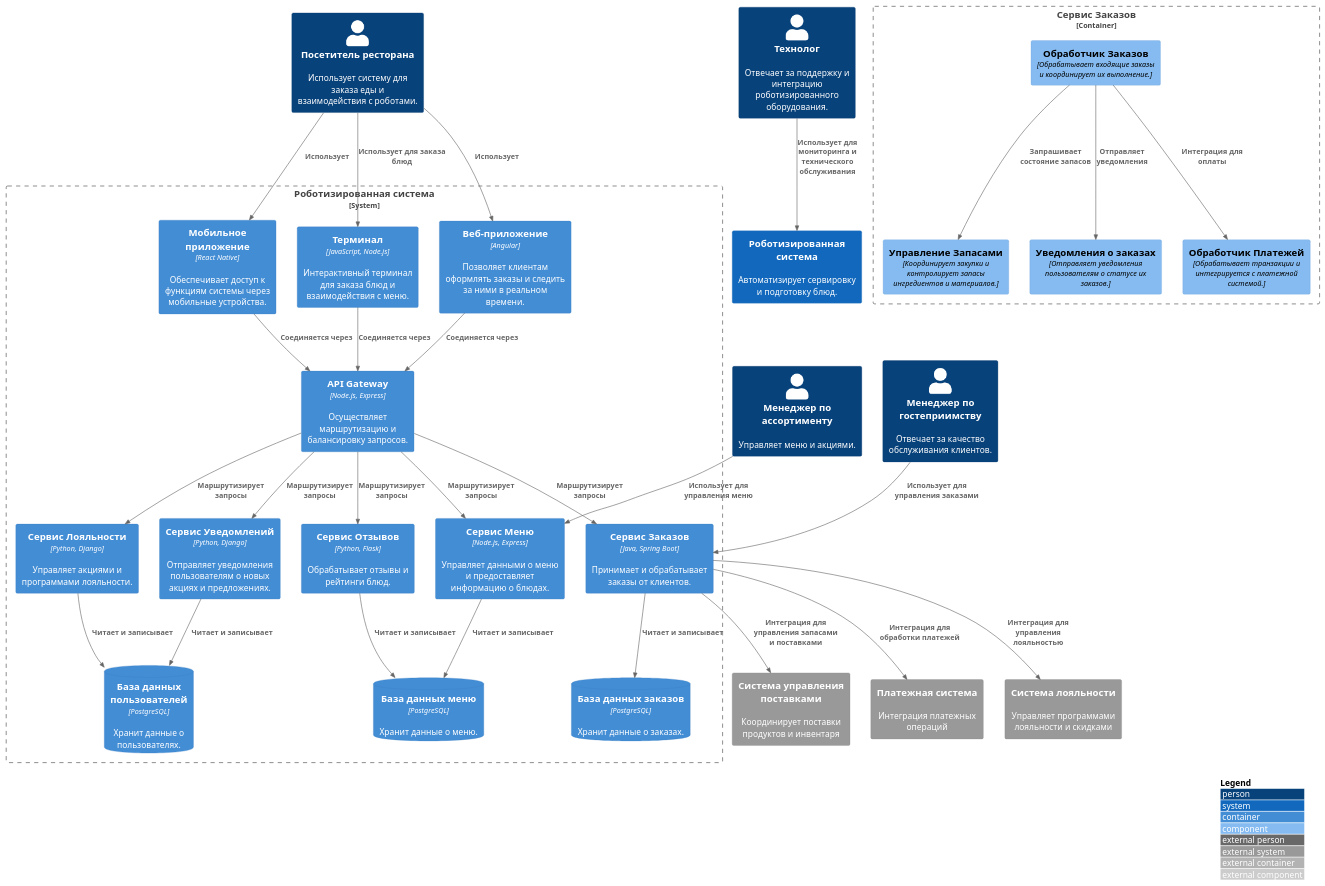
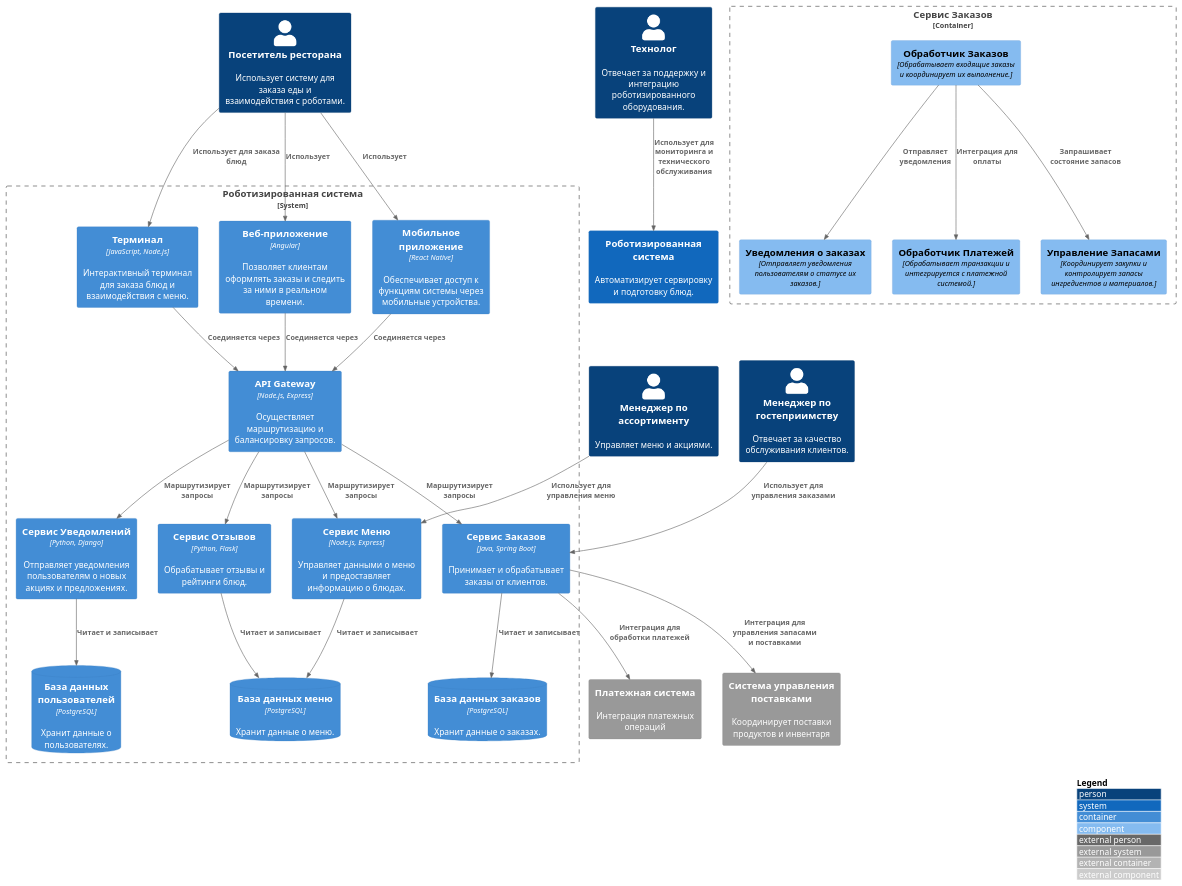
The diagram in docs/diagrams/src/c4.puml (mariashapoval/Otus), drawn with PlantUML before and after one commit. The commit also changed other lines of this file, not shown here.

```diff
--- a/docs/diagrams/src/c4.puml
+++ b/docs/diagrams/src/c4.puml
@@ -2,75 +1,70 @@
 @startuml Detailed_C4_Model
 
 !include <C4/C4_Context.puml>
 !include <C4/C4_Container.puml>
 !include <C4/C4_Component.puml>
 
 ' Контекстная диаграмма
 LAYOUT_WITH_LEGEND()
 
 Person(visitor, "Посетитель ресторана", "Использует систему для заказа еды и взаимодействия с роботами.")
 Person(hospManager, "Менеджер по гостеприимству", "Отвечает за качество обслуживания клиентов.")
 Person(assortmentManager, "Менеджер по ассортименту", "Управляет меню и акциями.")
 Person(technologist, "Технолог", "Отвечает за поддержку и интеграцию роботизированного оборудования.")
 
 System(robotics, "Роботизированная система", "Автоматизирует сервировку и подготовку блюд.")
 System_Ext(paymentGateway, "Платежная система", "Интеграция платежных операций")
-System_Ext(loyaltySystem, "Система лояльности", "Управляет программами лояльности и скидками")
 System_Ext(supplyChainSystem, "Система управления поставками", "Координирует поставки продуктов и инвентаря")
 
 ' Контейнерная диаграмма
 System_Boundary(c2, "Роботизированная система") {
     Container(webApp, "Веб-приложение", "Angular", "Позволяет клиентам оформлять заказы и следить за ними в реальном времени.")
     Container(mobileApp, "Мобильное приложение", "React Native", "Обеспечивает доступ к функциям системы через мобильные устройства.")
     Container(apiGateway, "API Gateway", "Node.js, Express", "Осуществляет маршрутизацию и балансировку запросов.")
     Container(orderService, "Сервис Заказов", "Java, Spring Boot", "Принимает и обрабатывает заказы от клиентов.")
-    Container(loyaltyService, "Сервис Лояльности", "Python, Django", "Управляет акциями и программами лояльности.")
     Container(reviewService, "Сервис Отзывов", "Python, Flask", "Обрабатывает отзывы и рейтинги блюд.")
     ContainerDb(dbOrder, "База данных заказов", "PostgreSQL", "Хранит данные о заказах.")
     ContainerDb(dbUser, "База данных пользователей", "PostgreSQL", "Хранит данные о пользователях.")
     ContainerDb(dbMenu, "База данных меню", "PostgreSQL", "Хранит данные о меню.")
     Container(terminal, "Терминал", "JavaScript, Node.js", "Интерактивный терминал для заказа блюд и взаимодействия с меню.")
     Container(menuService, "Сервис Меню", "Node.js, Express", "Управляет данными о меню и предоставляет информацию о блюдах.")
     Container(notificationService, "Сервис Уведомлений", "Python, Django", "Отправляет уведомления пользователям о новых акциях и предложениях.")
 
     Rel(visitor, webApp, "Использует")
     Rel(visitor, mobileApp, "Использует")
     Rel(visitor, terminal, "Использует для заказа блюд")
     Rel(webApp, apiGateway, "Соединяется через")
     Rel(mobileApp, apiGateway, "Соединяется через")
     Rel(terminal, apiGateway, "Соединяется через")
     Rel(apiGateway, orderService, "Маршрутизирует запросы")
-    Rel(apiGateway, loyaltyService, "Маршрутизирует запросы")
     Rel(apiGateway, reviewService, "Маршрутизирует запросы")
     Rel(apiGateway, menuService, "Маршрутизирует запросы")
     Rel(apiGateway, notificationService, "Маршрутизирует запросы")
     Rel(orderService, dbOrder, "Читает и записывает")
-    Rel(loyaltyService, dbUser, "Читает и записывает")
     Rel(reviewService, dbMenu, "Читает и записывает")
     Rel(menuService, dbMenu, "Читает и записывает")
     Rel(notificationService, dbUser, "Читает и записывает")
 }
 
 ' Компонентная диаграмма
 Container_Boundary(c3, "Сервис Заказов") {
     Component(orderProcessing, "Обработчик Заказов", "Обрабатывает входящие заказы и координирует их выполнение.")
     Component(paymentProcessing, "Обработчик Платежей", "Обрабатывает транзакции и интегрируется с платежной системой.")
     Component(inventoryManagement, "Управление Запасами", "Координирует закупки и контролирует запасы ингредиентов и материалов.")
     Component(orderNotification, "Уведомления о заказах", "Отправляет уведомления пользователям о статусе их заказов.")
 
     Rel(orderProcessing, paymentProcessing, "Интеграция для оплаты")
     Rel(orderProcessing, inventoryManagement, "Запрашивает состояние запасов")
     Rel(orderProcessing, orderNotification, "Отправляет уведомления")
 }
 
 ' Связи между системами и пользователями
 Rel_D(hospManager, orderService, "Использует для управления заказами")
 Rel_D(assortmentManager, menuService, "Использует для управления меню")
 Rel_D(technologist, robotics, "Использует для мониторинга и технического обслуживания")
 
 ' Внешние интеграции
 Rel_D(orderService, paymentGateway, "Интеграция для обработки платежей")
-Rel_D(orderService, loyaltySystem, "Интеграция для управления лояльностью")
 Rel_D(orderService, supplyChainSystem, "Интеграция для управления запасами и поставками")
 
 @enduml
```
